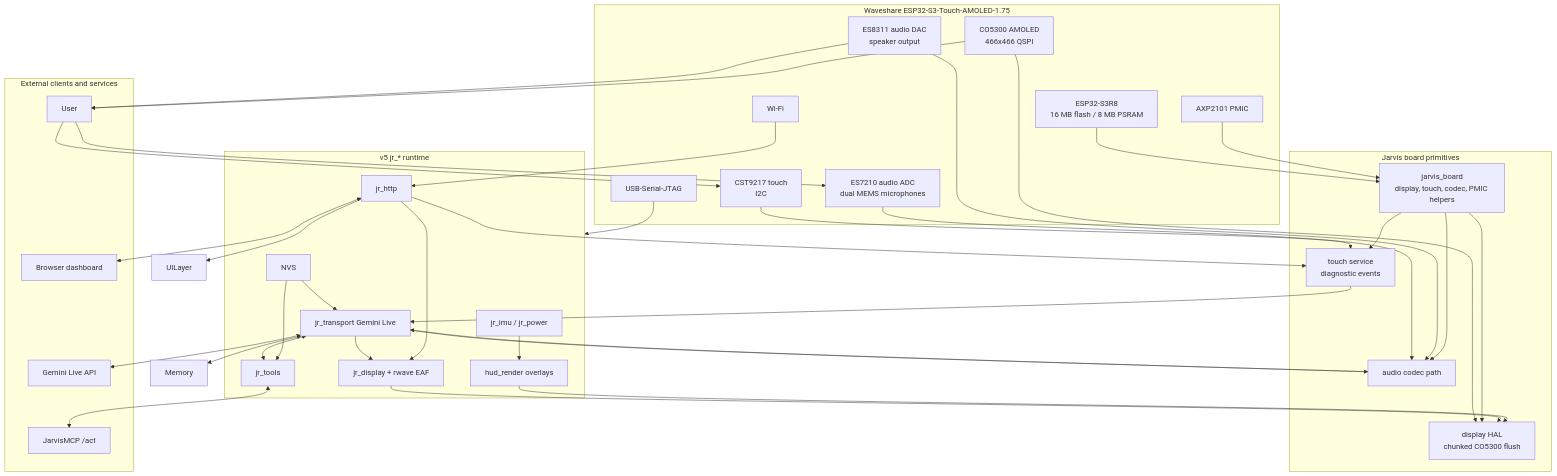
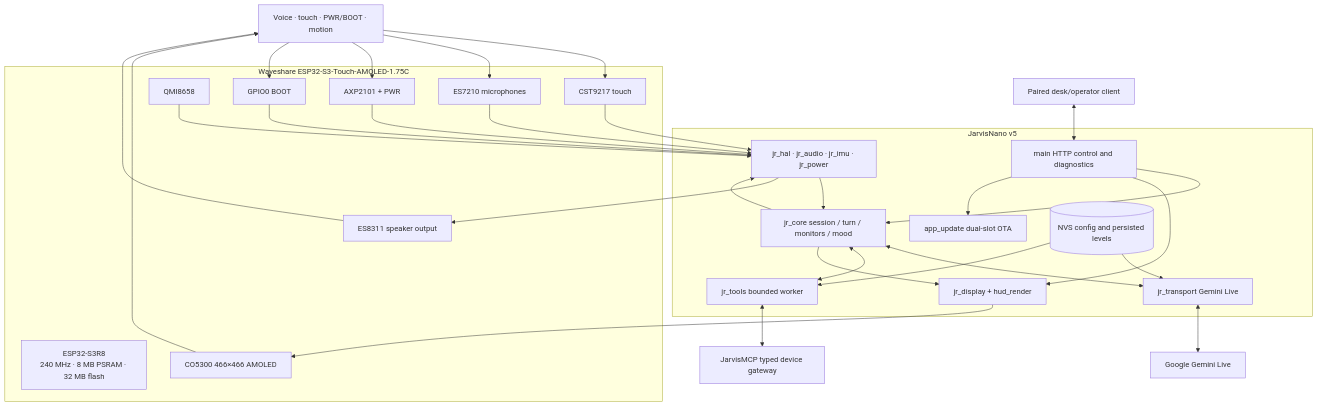
Before and after one commit to PascalAI2024/JarvisNano: the first of 4 diagrams in docs/ARCHITECTURE.md, drawn with Mermaid. The commit also changed other lines of this file and 114 other files, not shown here.

First line of the commit message:
feat: finalize JarvisNano 1.75C product

````diff
--- a/docs/ARCHITECTURE.md
+++ b/docs/ARCHITECTURE.md
@@ -16,70 +12,47 @@
 ```mermaid
 flowchart TB
-    subgraph HW[Waveshare ESP32-S3-Touch-AMOLED-1.75]
-        S3[ESP32-S3R8<br/>16 MB flash / 8 MB PSRAM]
-        AMOLED[CO5300 AMOLED<br/>466x466 QSPI]
-        TOUCH[CST9217 touch<br/>I2C]
-        ADC[ES7210 audio ADC<br/>dual MEMS microphones]
-        DAC[ES8311 audio DAC<br/>speaker output]
-        PMIC[AXP2101 PMIC]
-        USB[USB-Serial-JTAG]
-        WIFI[Wi-Fi]
+    Human[Voice · touch · PWR/BOOT · motion]
+
+    subgraph Board[Waveshare ESP32-S3-Touch-AMOLED-1.75C]
+        S3[ESP32-S3R8<br/>240 MHz · 8 MB PSRAM · 32 MB flash]
+        Mic[ES7210 microphones]
+        DAC[ES8311 speaker output]
+        Screen[CO5300 466×466 AMOLED]
+        Touch[CST9217 touch]
+        IMU[QMI8658]
+        PMIC[AXP2101 + PWR]
+        Boot[GPIO0 BOOT]
     end
 
-    subgraph BSP[Jarvis board primitives]
-        Board[jarvis_board<br/>display, touch, codec, PMIC helpers]
-        DisplayHAL[display HAL<br/>chunked CO5300 flush]
-        TouchSvc[touch service<br/>diagnostic events]
-        AudioSvc[audio codec path]
+    subgraph Runtime[JarvisNano v5]
+        HAL[jr_hal · jr_audio · jr_imu · jr_power]
+        Core[jr_core session / turn / monitors / mood]
+        Voice[jr_transport Gemini Live]
+        Tools[jr_tools bounded worker]
+        Display[jr_display + hud_render]
+        HTTP[main HTTP control and diagnostics]
+        OTA[app_update dual-slot OTA]
+        NVS[(NVS config and persisted levels)]
     end
 
-    subgraph Runtime[v5 jr_* runtime]
-        Gemini[jr_transport Gemini Live]
-        Face[jr_display + rwave EAF]
-        HUD[hud_render overlays]
-        HTTP[jr_http]
-        Config[NVS]
-        Tools[jr_tools]
-        IMU[jr_imu / jr_power]
-    end
+    Gemini[Google Gemini Live]
+    MCP[JarvisMCP typed device gateway]
+    Desk[Paired desk/operator client]
 
-    subgraph External[External clients and services]
-        GeminiAPI[Gemini Live API]
-        MCP[JarvisMCP /act]
-        Browser[Browser dashboard]
-        Human[User]
-    end
-
-    S3 --> Board
-    AMOLED --> DisplayHAL
-    TOUCH --> TouchSvc
-    ADC --> AudioSvc
-    DAC --> AudioSvc
-    PMIC --> Board
-    USB --> Runtime
-    WIFI --> HTTP
-    Board --> DisplayHAL
-    Board --> TouchSvc
-    Board --> AudioSvc
-    TouchSvc --> Gemini
-    AudioSvc --> Gemini
-    Gemini <--> GeminiAPI
-    Gemini --> AudioSvc
-    Gemini --> Face
-    Gemini <--> Memory
-    Gemini <--> Tools
-    Tools <--> MCP
-    Config --> Gemini
-    Config --> Tools
-    Face --> DisplayHAL
-    HUD --> DisplayHAL
-    IMU --> HUD
-    HTTP <--> Browser
-    HTTP --> Face
-    HTTP --> UILayer
-    HTTP --> TouchSvc
-    Human --> TOUCH
-    Human --> ADC
-    DAC --> Human
-    AMOLED --> Human
+    Human --> Touch --> HAL
+    Human --> Mic --> HAL
+    Human --> PMIC --> HAL
+    Human --> Boot --> HAL
+    IMU --> HAL
+    HAL --> Core
+    Core <--> Voice <--> Gemini
+    Core <--> Tools <--> MCP
+    Core --> Display --> Screen --> Human
+    Core --> HAL --> DAC --> Human
+    NVS --> Voice
+    NVS --> Tools
+    Desk <--> HTTP
+    HTTP --> Core
+    HTTP --> Display
+    HTTP --> OTA
 ```
````
